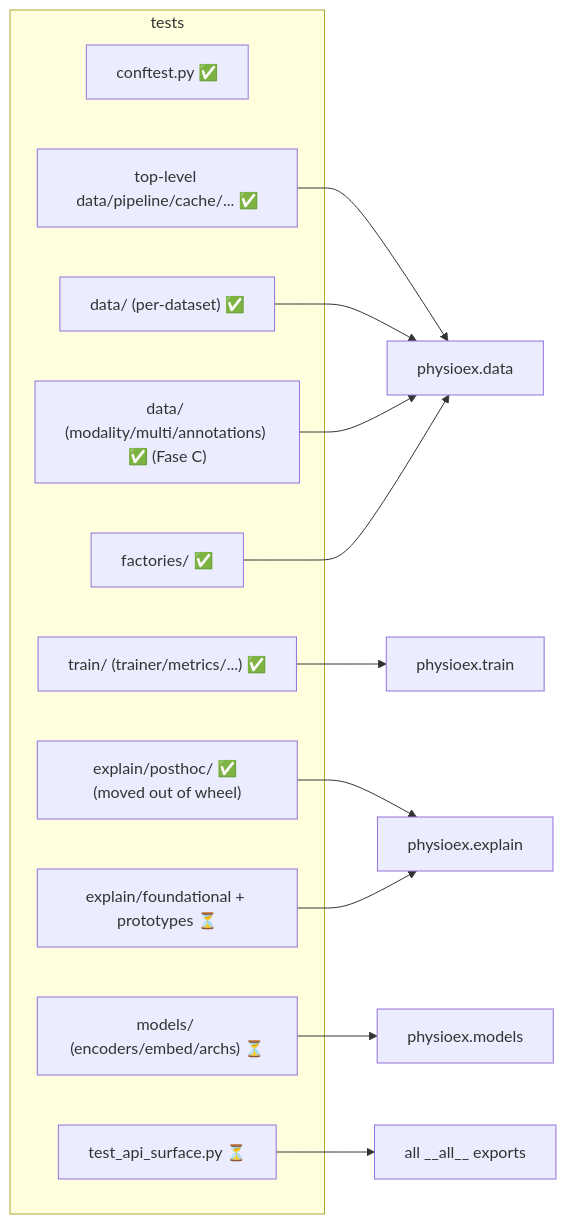
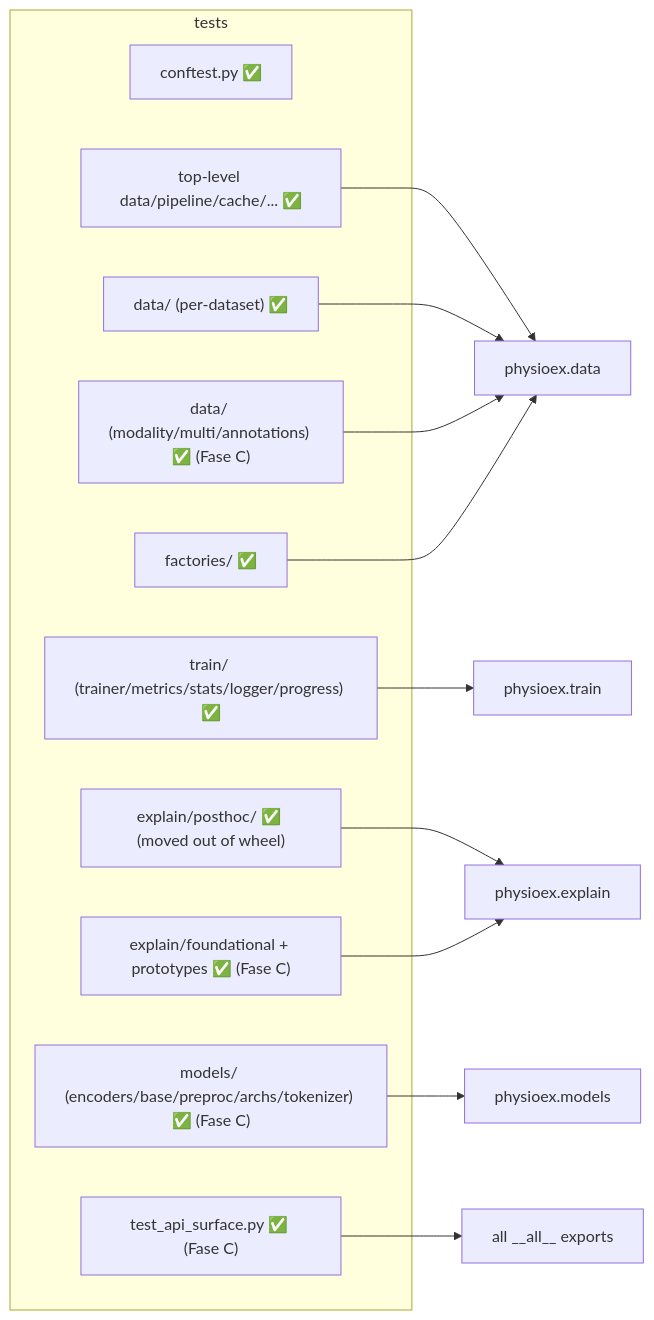
Before and after one commit to guidogagl/physioex: the third of 3 diagrams in docs/pages/architecture/testing/overview.md, drawn with Mermaid. The commit also changed other lines of this file, not shown here.

Commit message:
docs(fase-c): mark Diagram B Fase C complete (701 passed, ~52% cov)

````diff
--- a/docs/pages/architecture/testing/overview.md
+++ b/docs/pages/architecture/testing/overview.md
@@ -68,24 +68,24 @@
 ```mermaid
 flowchart LR
     subgraph tests
         CF["conftest.py ✅"]
         FAC["factories/ ✅"]
         TD["top-level data/pipeline/cache/... ✅"]
         TDATA["data/ (per-dataset) ✅"]
         TDU["data/ (modality/multi/annotations) ✅ (Fase C)"]
-        TT["train/ (trainer/metrics/...) ✅"]
+        TT["train/ (trainer/metrics/stats/logger/progress) ✅"]
         TE["explain/posthoc/ ✅ (moved out of wheel)"]
-        TEF["explain/foundational + prototypes ⏳"]
-        TM["models/ (encoders/embed/archs) ⏳"]
-        TA["test_api_surface.py ⏳"]
+        TEF["explain/foundational + prototypes ✅ (Fase C)"]
+        TM["models/ (encoders/base/preproc/archs/tokenizer) ✅ (Fase C)"]
+        TA["test_api_surface.py ✅ (Fase C)"]
     end
     TD --> DATA["physioex.data"]
     TDATA --> DATA
     TDU --> DATA
     TT --> TRAIN["physioex.train"]
     TE --> EXPLAIN["physioex.explain"]
     TEF --> EXPLAIN
     TM --> MODELS["physioex.models"]
     TA --> ALL["all __all__ exports"]
     FAC --> DATA
 ```
````
